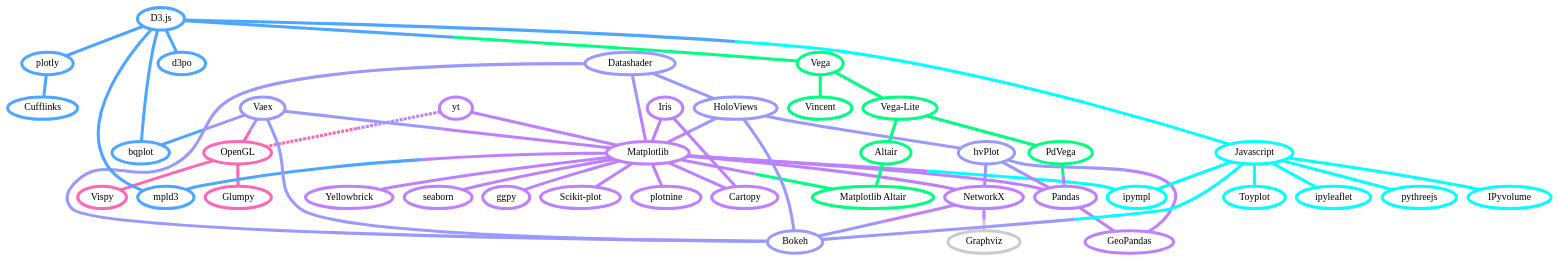
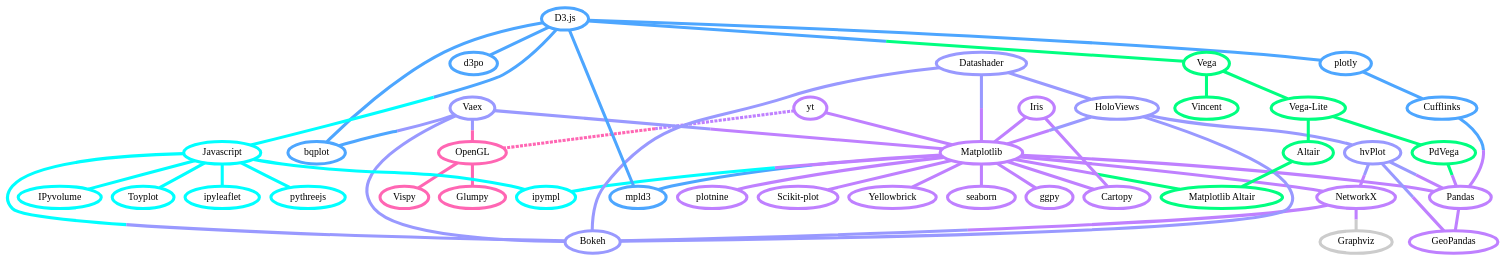
Before and after one commit to veit/jupyter-tutorial: the diagram in docs/viz/overview.rst, drawn with Graphviz.

Commit message:
Add edge from cufflinks to pandas in viz overview

```diff
--- a/docs/viz/overview.rst
+++ b/docs/viz/overview.rst
@@ -219,6 +219,7 @@
         d3js -- mpld3 [color="#4da6ff"]
         d3js -- plotly [color="#4da6ff"]
         plotly -- cufflinks [color="#4da6ff"]
+        cufflinks -- pandas [color="#4da6ff;0.5:#BF80FF"]
         d3js -- d3po [color="#4da6ff"]
         d3js -- vega [color="#4da6ff;0.5:#00FF80"]
         d3js -- javascript [color="#4da6ff;0.5:#00FFFF"]
```
